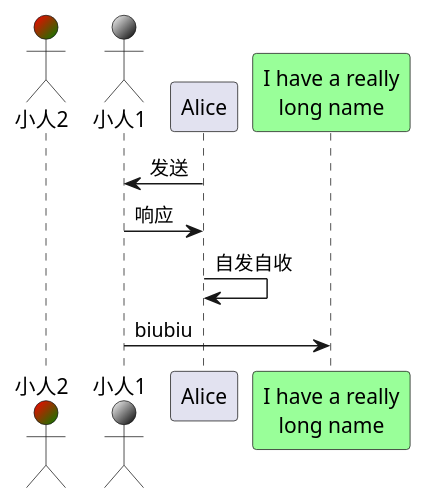
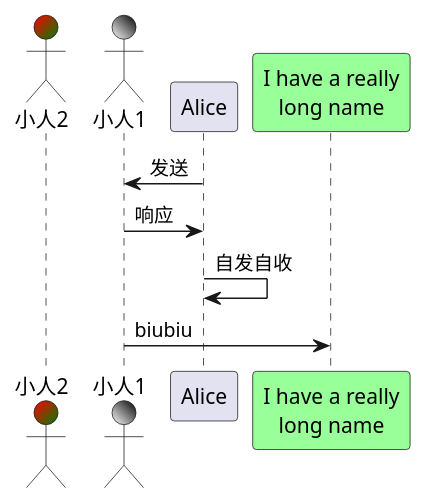
Before and after one commit to canyuda/my-plantuml: the third of 22 diagrams in demo/时序图.puml, drawn with PlantUML. The commit also changed 3 other files, not shown here.

Commit message:
用例图和状态图

```diff
--- a/demo/时序图.puml
+++ b/demo/时序图.puml
@@ -26,11 +26,11 @@
 @startuml sequence-3
 actor 小人2 as Bob2 #red/green
-actor 小人1 as Bob1 #FFF/000
+actor 小人1 as Bob1 #FFF\000
 participant Alice
 participant "I have a really\nlong name" as L #99FF99
 
 Alice->Bob1: 发送
 Bob1->Alice: 响应
 Alice->Alice: 自发自收
 Bob1->L: biubiu
 @enduml
```
